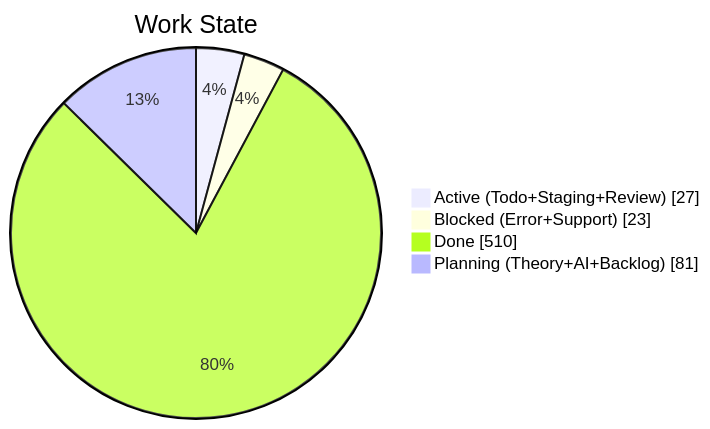
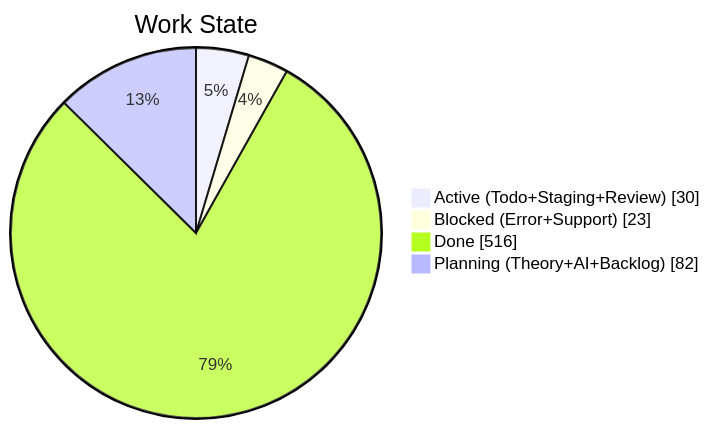
One commit to KBVE/kbve changed the second of 4 diagrams in apps/kbve/astro-kbve/src/content/docs/dashboard/kanban-data.mdx. Above: the diagram before and after it, drawn with Mermaid. The commit also changed other lines of this file and 2 other files, not shown here.

````diff
--- a/apps/kbve/astro-kbve/src/content/docs/dashboard/kanban-data.mdx
+++ b/apps/kbve/astro-kbve/src/content/docs/dashboard/kanban-data.mdx
@@ -204,8 +204,8 @@
 ```mermaid
 pie showData
     title Work State
-    "Active (Todo+Staging+Review)" : 27
+    "Active (Todo+Staging+Review)" : 30
     "Blocked (Error+Support)" : 23
-    "Done" : 510
-    "Planning (Theory+AI+Backlog)" : 81
+    "Done" : 516
+    "Planning (Theory+AI+Backlog)" : 82
 ```
````
